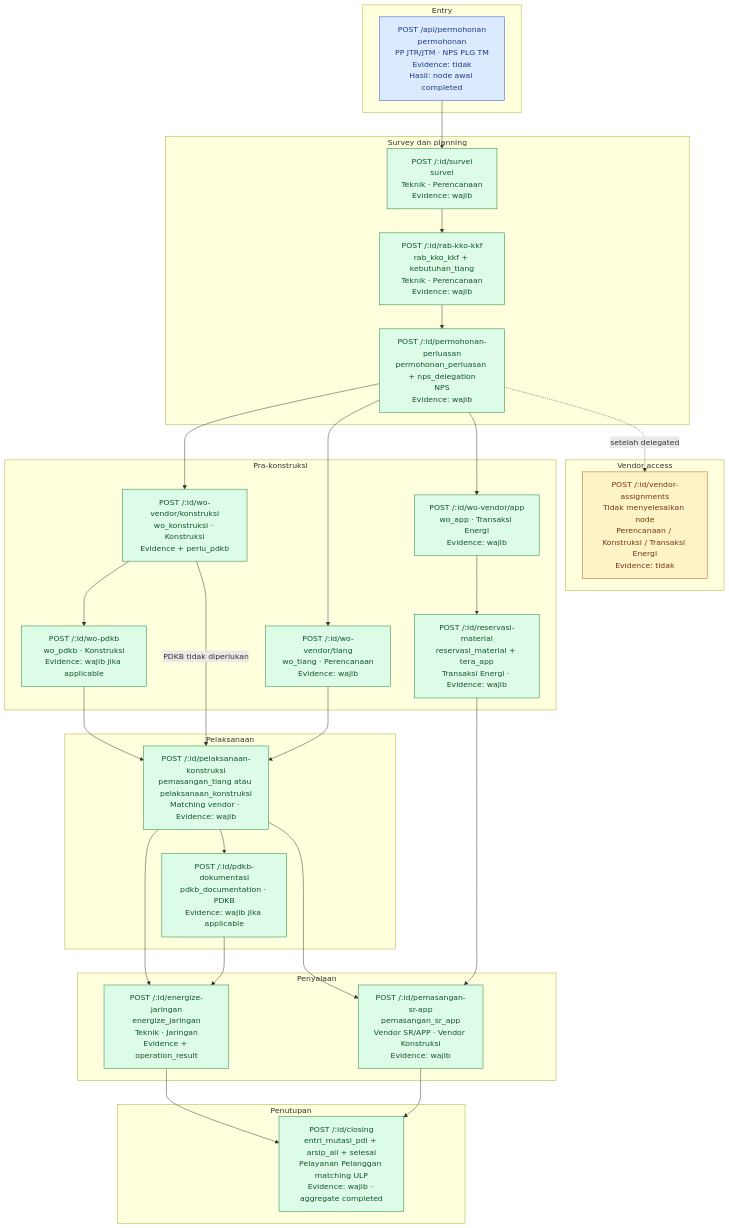
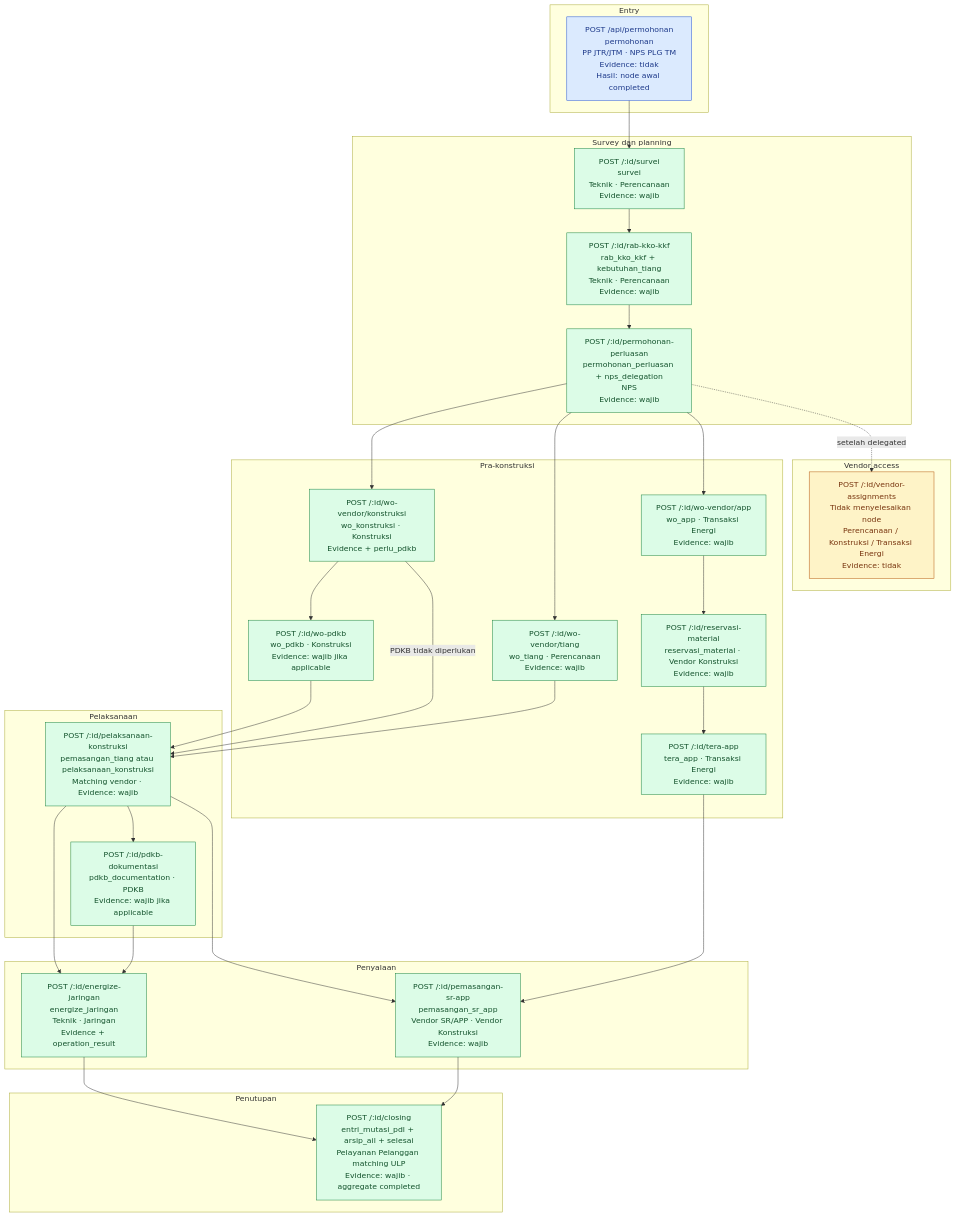
The diagram in docs/architecture/diagrams/08-api-action-map.md (pln-colabora/colabora-be), drawn with Mermaid before and after one commit. The commit also changed 20 other files, not shown here.

Commit message:
fix: rbac reservasi material move to vendor konstruksi

````diff
--- a/docs/architecture/diagrams/08-api-action-map.md
+++ b/docs/architecture/diagrams/08-api-action-map.md
@@ -6,56 +6,57 @@
 ```mermaid
 flowchart TB
   classDef create fill:#dbeafe,stroke:#1d4ed8,color:#1e3a8a
   classDef evidence fill:#dcfce7,stroke:#15803d,color:#14532d
   classDef assignment fill:#fef3c7,stroke:#b45309,color:#78350f
 
   subgraph ENTRY["Entry"]
     create_req["POST /api/permohonan<br/>permohonan<br/>PP JTR/JTM · NPS PLG TM<br/>Evidence: tidak<br/>Hasil: node awal completed"]
   end
   subgraph S2S3["Survey dan planning"]
     survey["POST /:id/survei<br/>survei<br/>Teknik · Perencanaan<br/>Evidence: wajib"]
     rab["POST /:id/rab-kko-kkf<br/>rab_kko_kkf + kebutuhan_tiang<br/>Teknik · Perencanaan<br/>Evidence: wajib"]
     expansion["POST /:id/permohonan-perluasan<br/>permohonan_perluasan + nps_delegation<br/>NPS<br/>Evidence: wajib"]
   end
   subgraph ASSIGN["Vendor access"]
     assignment_req["POST /:id/vendor-assignments<br/>Tidak menyelesaikan node<br/>Perencanaan / Konstruksi / Transaksi Energi<br/>Evidence: tidak"]
   end
   subgraph S4["Pra-konstruksi"]
     wotiang["POST /:id/wo-vendor/tiang<br/>wo_tiang · Perencanaan<br/>Evidence: wajib"]
     wokonstruksi["POST /:id/wo-vendor/konstruksi<br/>wo_konstruksi · Konstruksi<br/>Evidence + perlu_pdkb"]
     woapp["POST /:id/wo-vendor/app<br/>wo_app · Transaksi Energi<br/>Evidence: wajib"]
-    reservasi["POST /:id/reservasi-material<br/>reservasi_material + tera_app<br/>Transaksi Energi · Evidence: wajib"]
+    reservasi["POST /:id/reservasi-material<br/>reservasi_material · Vendor Konstruksi<br/>Evidence: wajib"]
+    tera["POST /:id/tera-app<br/>tera_app · Transaksi Energi<br/>Evidence: wajib"]
     wopdkb["POST /:id/wo-pdkb<br/>wo_pdkb · Konstruksi<br/>Evidence: wajib jika applicable"]
   end
   subgraph S5["Pelaksanaan"]
     construction["POST /:id/pelaksanaan-konstruksi<br/>pemasangan_tiang atau pelaksanaan_konstruksi<br/>Matching vendor · Evidence: wajib"]
     pdkbdoc["POST /:id/pdkb-dokumentasi<br/>pdkb_documentation · PDKB<br/>Evidence: wajib jika applicable"]
   end
   subgraph S6["Penyalaan"]
     energize["POST /:id/energize-jaringan<br/>energize_jaringan<br/>Teknik · Jaringan<br/>Evidence + operation_result"]
     srapp["POST /:id/pemasangan-sr-app<br/>pemasangan_sr_app<br/>Vendor SR/APP · Vendor Konstruksi<br/>Evidence: wajib"]
   end
   subgraph S7["Penutupan"]
     closing["POST /:id/closing<br/>entri_mutasi_pdl + arsip_ail + selesai<br/>Pelayanan Pelanggan matching ULP<br/>Evidence: wajib · aggregate completed"]
   end
 
   create_req --> survey --> rab --> expansion
   expansion -. setelah delegated .-> assignment_req
   expansion --> wotiang
   expansion --> wokonstruksi
-  expansion --> woapp --> reservasi
+  expansion --> woapp --> reservasi --> tera
   wokonstruksi --> wopdkb --> construction
   wokonstruksi -->|PDKB tidak diperlukan| construction
   wotiang --> construction
   construction --> pdkbdoc
   construction --> energize
   pdkbdoc --> energize
   construction --> srapp
-  reservasi --> srapp
+  tera --> srapp
   energize --> closing
   srapp --> closing
 
   class create_req create
-  class survey,rab,expansion,wotiang,wokonstruksi,woapp,reservasi,wopdkb,construction,pdkbdoc,energize,srapp,closing evidence
+  class survey,rab,expansion,wotiang,wokonstruksi,woapp,reservasi,tera,wopdkb,construction,pdkbdoc,energize,srapp,closing evidence
   class assignment_req assignment
 ```
````
